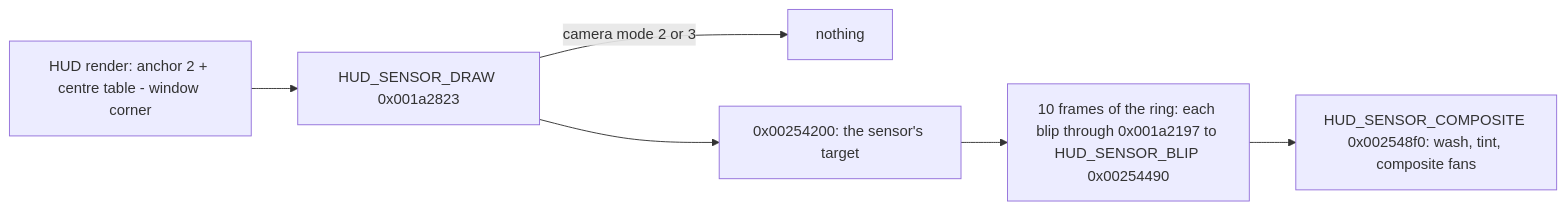
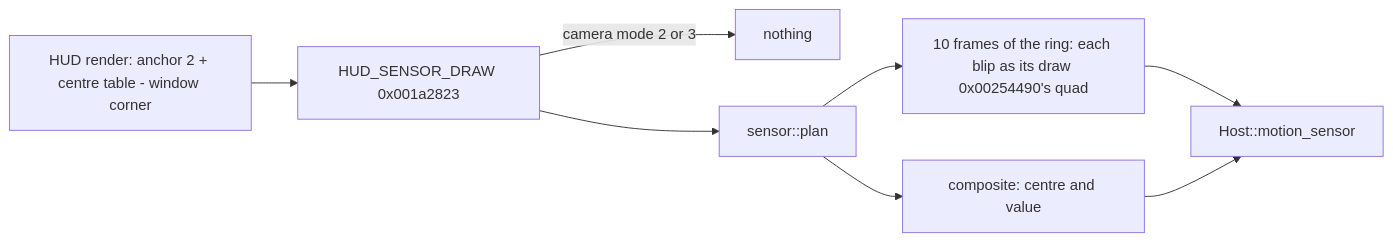
The fourth of 5 diagrams in docs/graphics/native-hud-overlay.md (0xdeafcafe/h2r), drawn with Mermaid before and after one commit. The commit also changed other lines of this file and 10 other files, not shown here.

First line of the commit message:
HUD: the motion sensor and the screen-effect widgets are Rust's calls, with no guest draw or check

````diff
--- a/docs/graphics/native-hud-overlay.md
+++ b/docs/graphics/native-hud-overlay.md
@@ -219,8 +220,10 @@
 ```mermaid
 flowchart LR
   R[HUD render: anchor 2 + centre table - window corner] --> D[HUD_SENSOR_DRAW 0x001a2823]
   D -->|camera mode 2 or 3| N[nothing]
-  D --> T[0x00254200: the sensor's target]
-  T --> B[10 frames of the ring: each blip through 0x001a2197 to HUD_SENSOR_BLIP 0x00254490]
-  B --> C[HUD_SENSOR_COMPOSITE 0x002548f0: wash, tint, composite fans]
+  D --> P[sensor::plan]
+  P --> B[10 frames of the ring: each blip as its draw 0x00254490's quad]
+  P --> C[composite: centre and value]
+  B --> H[Host::motion_sensor]
+  C --> H
 ```
````
